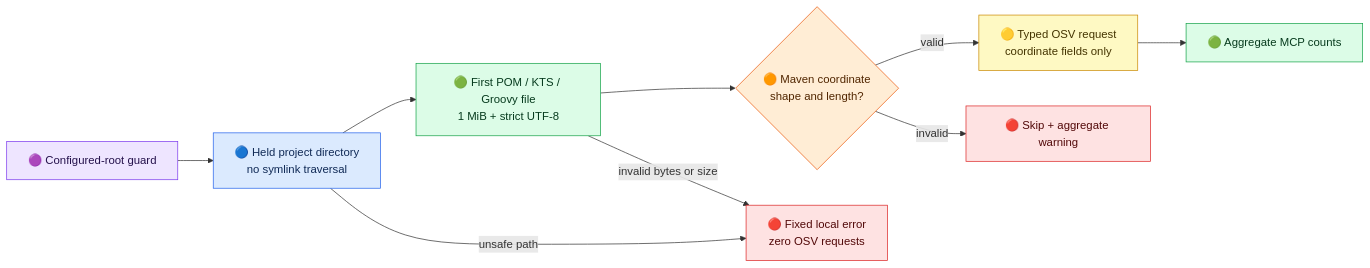
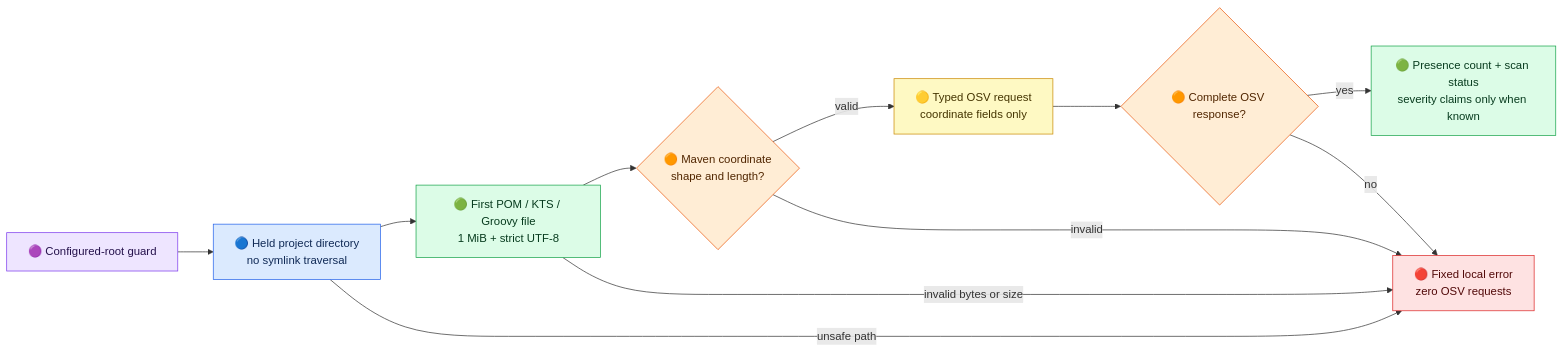
Before and after one commit to thepragmatik/mcp-server-jvm-build-tools: the second of 3 diagrams in docs/reference/design-v2.md, drawn with Mermaid. The commit also changed other lines of this file and 13 other files, not shown here.

Commit message:
Bound OSV lookups and distinguish unknown scan results

````diff
--- a/docs/reference/design-v2.md
+++ b/docs/reference/design-v2.md
@@ -48,23 +48,26 @@
 ```mermaid
 flowchart LR
     G["🟣 Configured-root guard"] --> H["🔵 Held project directory<br/>no symlink traversal"]
     H --> F["🟢 First POM / KTS / Groovy file<br/>1 MiB + strict UTF-8"]
     F --> C{"🟠 Maven coordinate<br/>shape and length?"}
     C -- valid --> O["🟡 Typed OSV request<br/>coordinate fields only"]
-    O --> R["🟢 Aggregate MCP counts"]
+    O --> Q{"🟠 Complete OSV response?"}
+    Q -- yes --> R["🟢 Presence count + scan status<br/>severity claims only when known"]
+    Q -- no --> X
     H -- unsafe path --> X["🔴 Fixed local error<br/>zero OSV requests"]
     F -- invalid bytes or size --> X
-    C -- invalid --> S["🔴 Skip + aggregate warning"]
+    C -- invalid --> X
     classDef guard fill:#eee5ff,stroke:#7c3aed,color:#24114b
     classDef anchor fill:#dbeafe,stroke:#2563eb,color:#102a56
     classDef local fill:#dcfce7,stroke:#16a34a,color:#073b1e
     classDef decision fill:#ffedd5,stroke:#ea580c,color:#512600
     classDef outbound fill:#fef9c3,stroke:#ca8a04,color:#443400
     classDef stop fill:#fee2e2,stroke:#dc2626,color:#520909
     class G guard
     class H anchor
     class F,R local
     class C decision
+    class Q decision
     class O outbound
-    class X,S stop
+    class X stop
 ```
````
